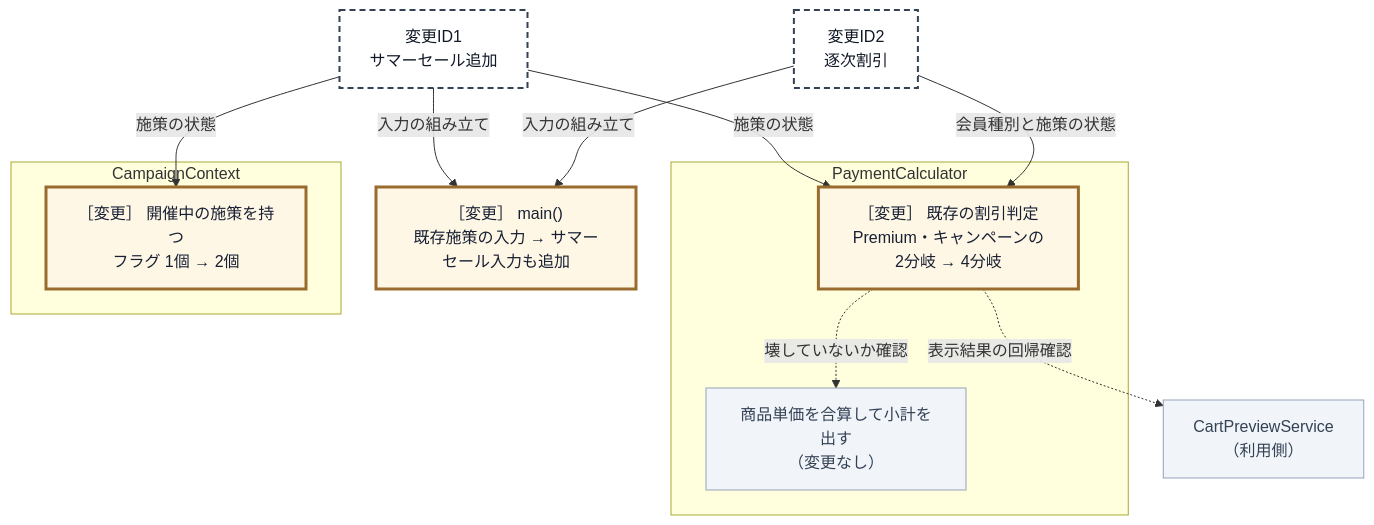
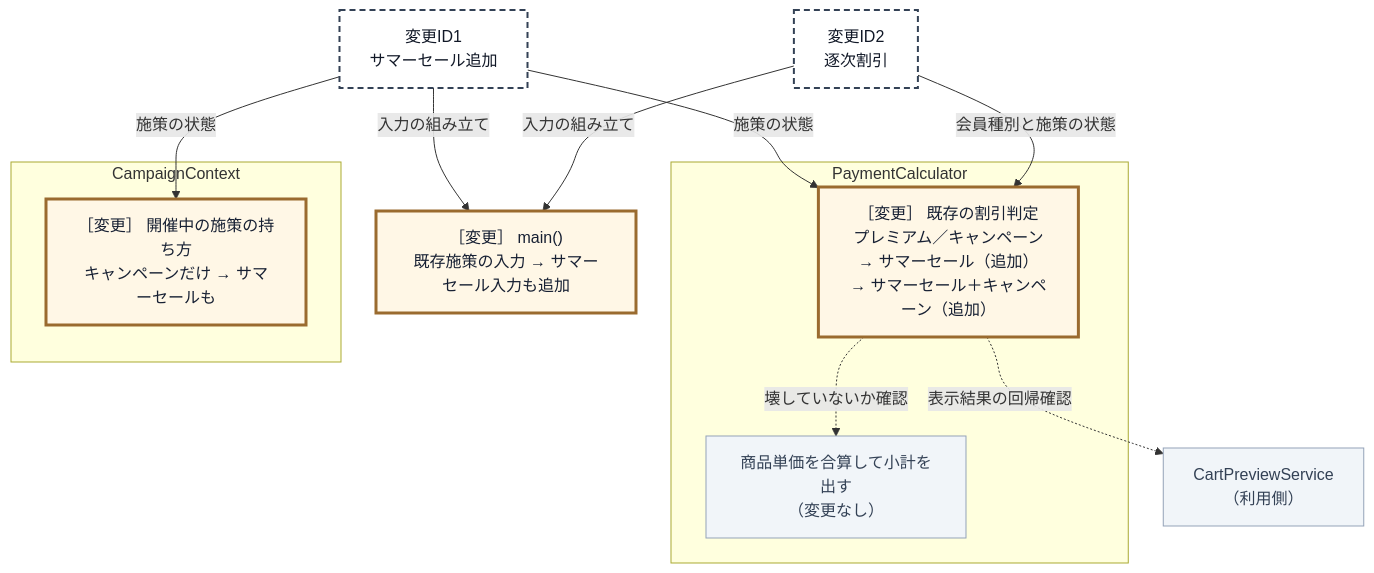
The sixth of 18 diagrams in kindle/design-patterns/books/volume01-core-patterns/output/03-chapter01.md (kumachan1101-pixel/DesignPattern), drawn with Mermaid before and after one commit. The commit also changed other lines of this file and 7 other files, not shown here.

````diff
--- a/kindle/design-patterns/books/volume01-core-patterns/output/03-chapter01.md
+++ b/kindle/design-patterns/books/volume01-core-patterns/output/03-chapter01.md
@@ -1168,29 +1158,29 @@
 ```mermaid
 graph TD
     T1["変更ID1<br>サマーセール追加"]:::req
     T2["変更ID2<br>逐次割引"]:::req
 
     subgraph PC["PaymentCalculator"]
-        P2["［変更］ 既存の割引判定<br>Premium・キャンペーンの2分岐 → 4分岐"]:::touched
+        P2["［変更］ 既存の割引判定<br>プレミアム／キャンペーン<br>→ サマーセール（追加）<br>→ サマーセール＋キャンペーン（追加）"]:::touched
         P1["商品単価を合算して小計を出す<br>（変更なし）"]:::keep
     end
 
     subgraph CC["CampaignContext"]
-        C1["［変更］ 開催中の施策を持つ<br>フラグ 1個 → 2個"]:::touched
+        C1["［変更］ 開催中の施策の持ち方<br>キャンペーンだけ → サマーセールも"]:::touched
     end
 
     M["［変更］ main()<br>既存施策の入力 → サマーセール入力も追加"]:::touched
     V["CartPreviewService<br>（利用側）"]:::keep
 
     T1 -->|"施策の状態"| P2
     T1 -->|"施策の状態"| C1
     T1 -->|"入力の組み立て"| M
     T2 -->|"会員種別と施策の状態"| P2
     T2 -->|"入力の組み立て"| M
     P2 -.->|"壊していないか確認"| P1
     P2 -.->|"表示結果の回帰確認"| V
 
     classDef req fill:#ffffff,stroke:#334155,stroke-width:2px,stroke-dasharray:6 4,color:#111827;
     classDef keep fill:#f1f5f9,stroke:#94a3b8,color:#334155;
     classDef touched fill:#fff7e6,stroke:#9a6b2f,stroke-width:3px,color:#172033;
 ```
````
